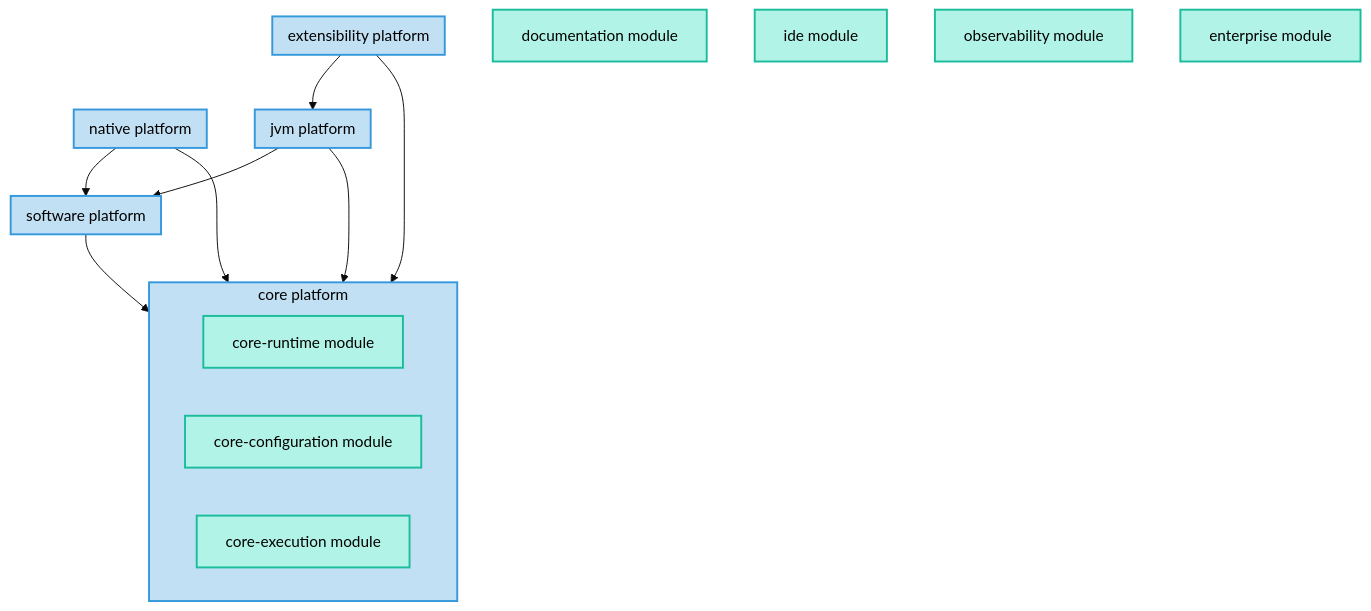
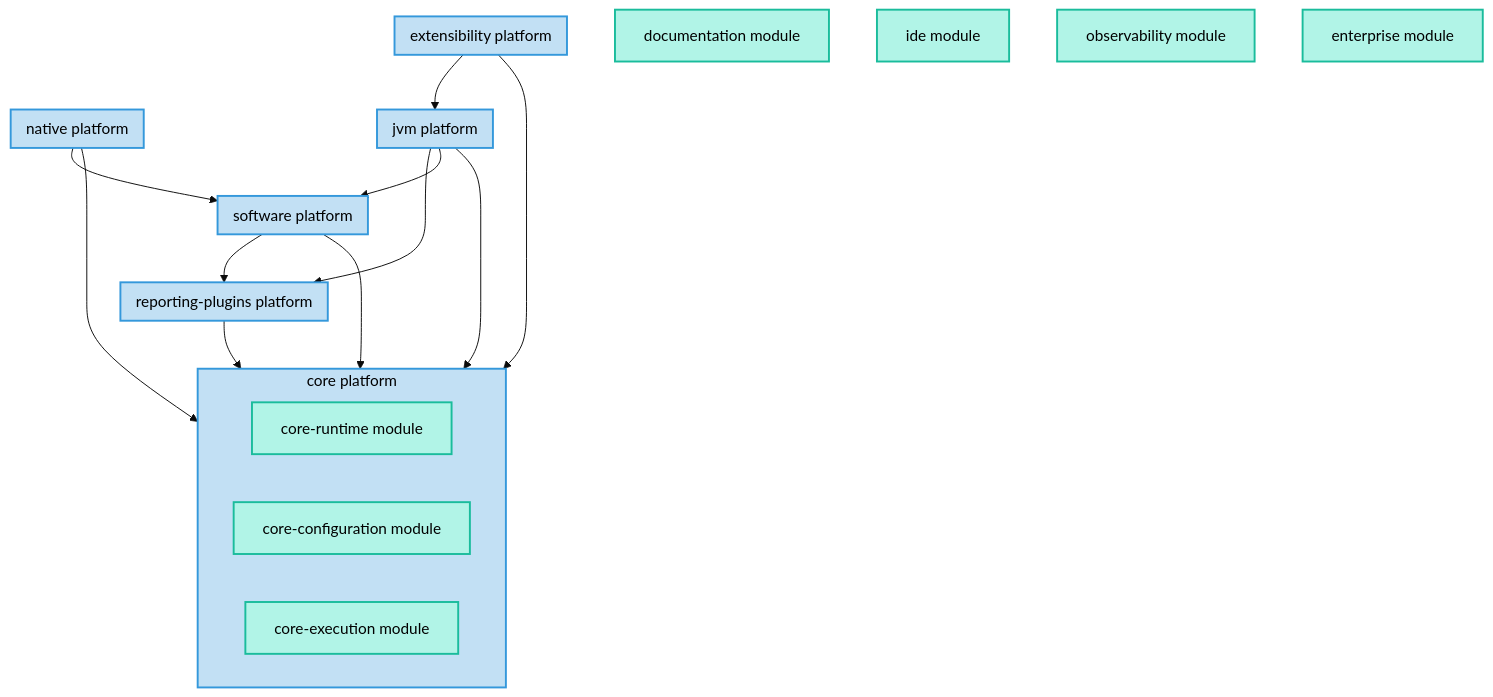
Before and after one commit to gradle/gradle: the diagram in architecture/platforms.md, drawn with Mermaid (base theme). The commit also changed other lines of this file and 42 other files, not shown here.

Commit message:
Move reporting to reporting-plugins platform

````diff
--- a/architecture/platforms.md
+++ b/architecture/platforms.md
@@ -13,51 +13,58 @@
 ```mermaid
     graph TD
 
     subgraph core["core platform"]
 
         core_runtime["core-runtime module"]
         style core_runtime stroke:#1abc9c,fill:#b1f4e7,stroke-width:2px,color:#000;
 
         core_configuration["core-configuration module"]
         style core_configuration stroke:#1abc9c,fill:#b1f4e7,stroke-width:2px,color:#000;
 
         core_execution["core-execution module"]
         style core_execution stroke:#1abc9c,fill:#b1f4e7,stroke-width:2px,color:#000;
     end
     style core fill:#c2e0f4,stroke:#3498db,stroke-width:2px,color:#000;
 
     documentation["documentation module"]
     style documentation stroke:#1abc9c,fill:#b1f4e7,stroke-width:2px,color:#000;
 
     ide["ide module"]
     style ide stroke:#1abc9c,fill:#b1f4e7,stroke-width:2px,color:#000;
 
     observability["observability module"]
     style observability stroke:#1abc9c,fill:#b1f4e7,stroke-width:2px,color:#000;
 
+    subgraph reporting_plugins["reporting-plugins platform"]
+    end
+    style reporting_plugins fill:#c2e0f4,stroke:#3498db,stroke-width:2px,color:#000;
+    reporting_plugins --> core
+
     subgraph software["software platform"]
     end
     style software fill:#c2e0f4,stroke:#3498db,stroke-width:2px,color:#000;
     software --> core
+    software --> reporting_plugins
 
     subgraph jvm["jvm platform"]
     end
     style jvm fill:#c2e0f4,stroke:#3498db,stroke-width:2px,color:#000;
     jvm --> core
+    jvm --> reporting_plugins
     jvm --> software
 
     subgraph extensibility["extensibility platform"]
     end
     style extensibility fill:#c2e0f4,stroke:#3498db,stroke-width:2px,color:#000;
     extensibility --> core
     extensibility --> jvm
 
     subgraph native["native platform"]
     end
     style native fill:#c2e0f4,stroke:#3498db,stroke-width:2px,color:#000;
     native --> core
     native --> software
 
     enterprise["enterprise module"]
     style enterprise stroke:#1abc9c,fill:#b1f4e7,stroke-width:2px,color:#000;
 ```
````
